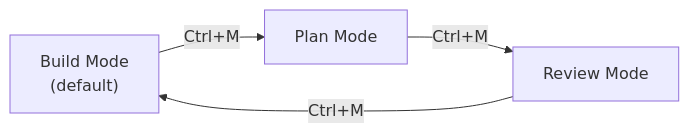
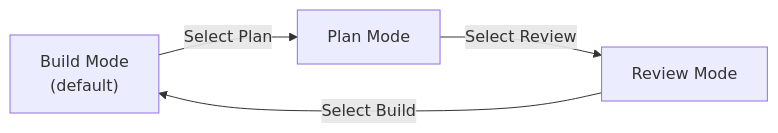
Before and after one commit to querymt/querymt: the diagram in docs/docs/agent/agent_modes.md, drawn with Mermaid. The commit also changed other lines of this file and 218 other files, not shown here.

````diff
--- a/docs/docs/agent/agent_modes.md
+++ b/docs/docs/agent/agent_modes.md
@@ -218,10 +214,10 @@
 ```mermaid
 flowchart LR
     B["Build Mode<br/>(default)"]
     P[Plan Mode]
     R[Review Mode]
 
-    B -->|"Ctrl+M"| P
-    P -->|"Ctrl+M"| R
-    R -->|"Ctrl+M"| B
+    B -->|"Select Plan"| P
+    P -->|"Select Review"| R
+    R -->|"Select Build"| B
 ```
````
